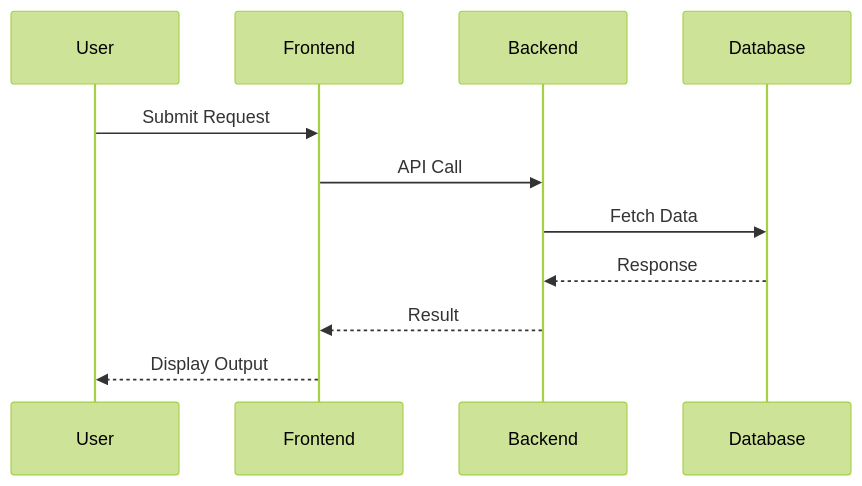
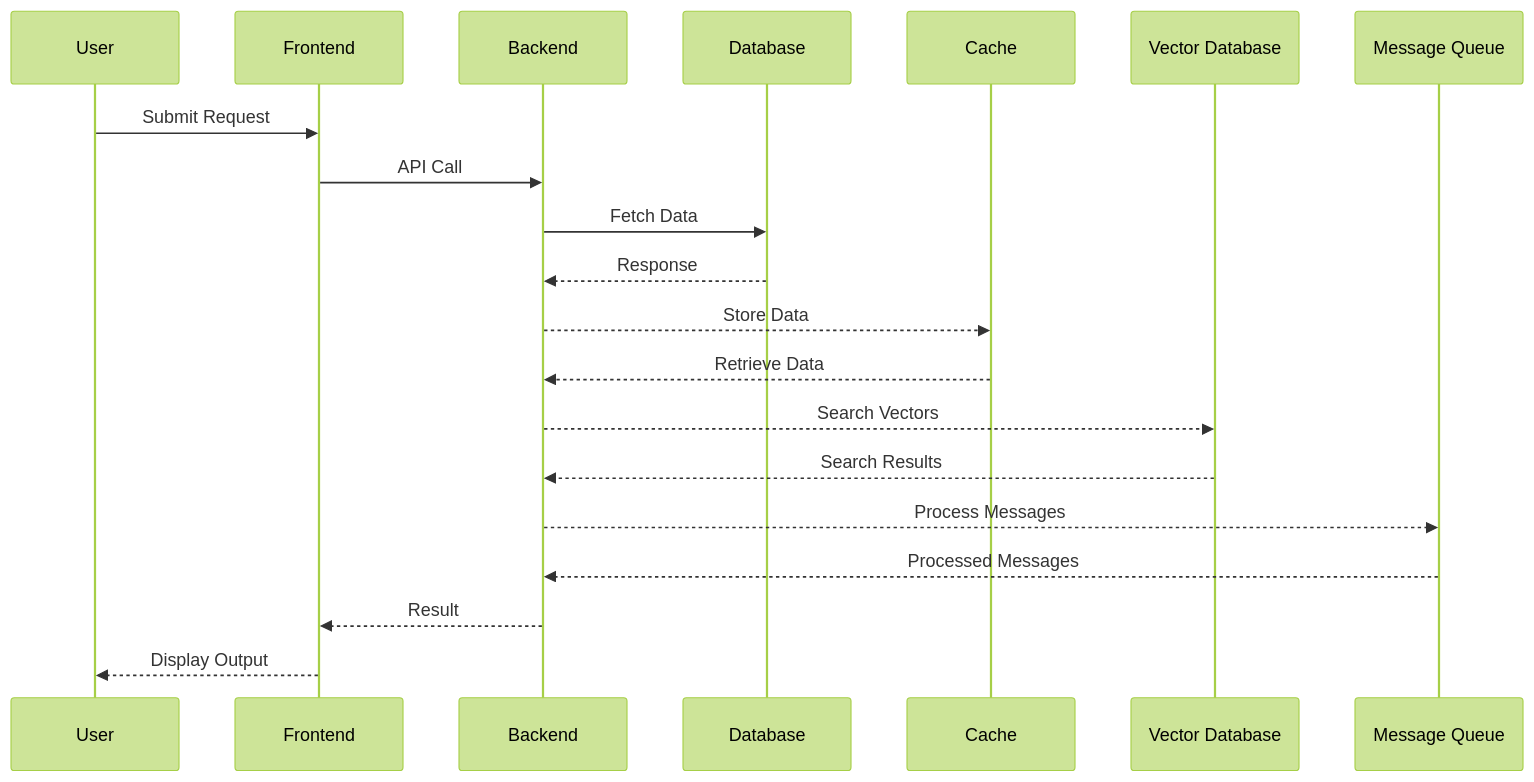
The second of 2 diagrams in output/architecture.md (KishanG02/ai-software-engineering-team), drawn with Mermaid (forest theme) before and after one commit. The commit also changed other lines of this file and 4 other files, not shown here.

````diff
--- a/output/architecture.md
+++ b/output/architecture.md
@@ -48,9 +50,15 @@
 ```mermaid
 sequenceDiagram
 User->>Frontend: Submit Request
 Frontend->>Backend: API Call
 Backend->>Database: Fetch Data
 Database-->>Backend: Response
+Backend-->>Cache: Store Data
+Cache-->>Backend: Retrieve Data
+Backend-->>Vector Database: Search Vectors
+Vector Database-->>Backend: Search Results
+Backend-->>Message Queue: Process Messages
+Message Queue-->>Backend: Processed Messages
 Backend-->>Frontend: Result
 Frontend-->>User: Display Output
 ```
````
